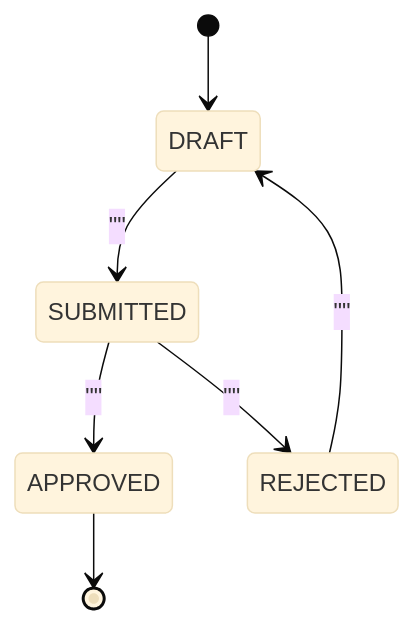
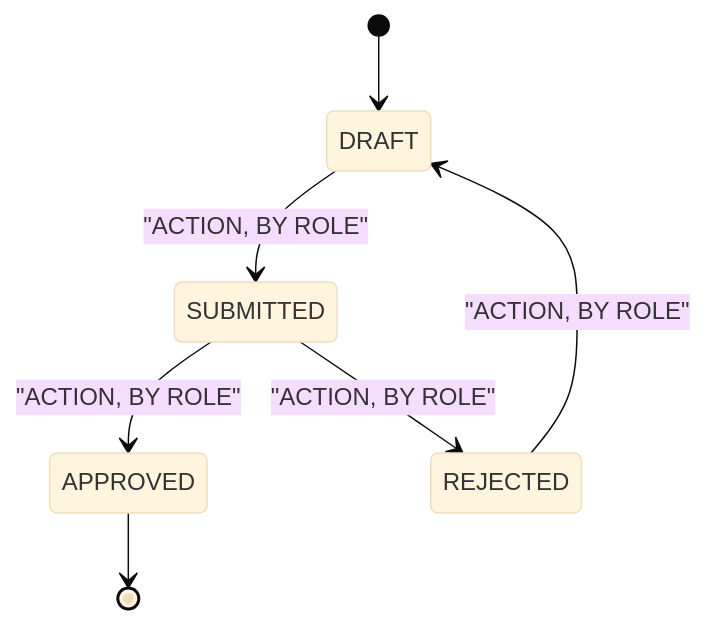
Before and after one commit to nguyenhx2/agent-harness-bootstrap: the second of 2 diagrams in spec-builder/assets/specs/08-data-model.md, drawn with Mermaid (base theme). The commit also changed other lines of this file and 12 other files, not shown here.

````diff
--- a/spec-builder/assets/specs/08-data-model.md
+++ b/spec-builder/assets/specs/08-data-model.md
@@ -85,9 +85,9 @@
 ```mermaid
 stateDiagram-v2
   [*] --> DRAFT
-  DRAFT --> SUBMITTED : "<action, by role>"
-  SUBMITTED --> APPROVED : "<action, by role>"
-  SUBMITTED --> REJECTED : "<action, by role>"
+  DRAFT --> SUBMITTED : "ACTION, BY ROLE"
+  SUBMITTED --> APPROVED : "ACTION, BY ROLE"
+  SUBMITTED --> REJECTED : "ACTION, BY ROLE"
   APPROVED --> [*]
-  REJECTED --> DRAFT : "<action, by role>"
+  REJECTED --> DRAFT : "ACTION, BY ROLE"
 ```
````
